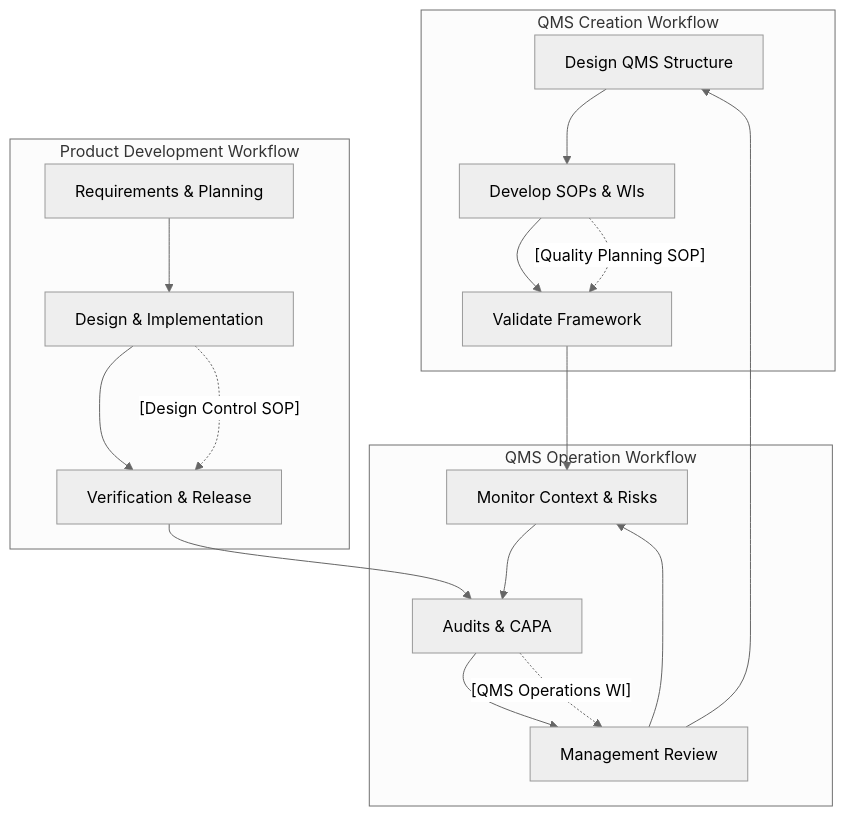
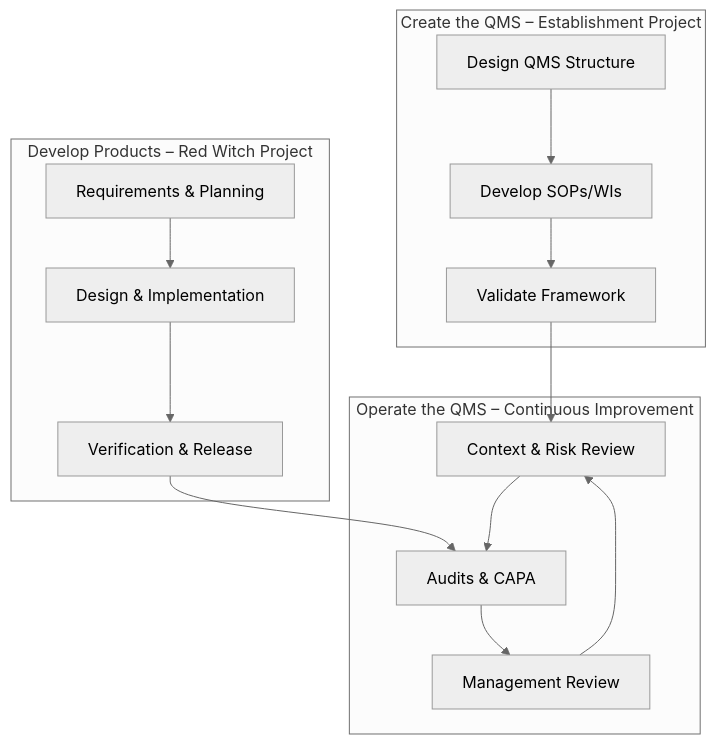
Before and after one commit to Floating-Eye-Software/fley-qms: the second of 2 diagrams in QMS/Process-Map.md, drawn with Mermaid (neutral theme). The commit also changed other lines of this file and 1 other file, not shown here.

````diff
--- a/QMS/Process-Map.md
+++ b/QMS/Process-Map.md
@@ -146,34 +81,16 @@
 ```mermaid
 flowchart TD
-    %% --- QMS Workflows Overview ---
-    subgraph Create[QMS Creation Workflow]
-        C1[Design QMS Structure]
-        C2[Develop SOPs & WIs]
-        C3[Validate Framework]
-        C1 --> C2 --> C3
+    subgraph Operate[Operate the QMS – Continuous Improvement]
+        A1[Context & Risk Review] --> A2[Audits & CAPA]
+        A2 --> A3[Management Review]
+        A3 --> A1
     end
-
-    subgraph Operate[QMS Operation Workflow]
-        O1[Monitor Context & Risks]
-        O2[Audits & CAPA]
-        O3[Management Review]
-        O1 --> O2 --> O3 --> O1
+    subgraph Create[Create the QMS – Establishment Project]
+        B1[Design QMS Structure] --> B2[Develop SOPs/WIs] --> B3[Validate Framework]
+        B3 --> A1
     end
-
-    subgraph Develop[Product Development Workflow]
-        D1[Requirements & Planning]
-        D2[Design & Implementation]
-        D3[Verification & Release]
-        D1 --> D2 --> D3
+    subgraph Develop[Develop Products – Red Witch Project]
+        C1[Requirements & Planning] --> C2[Design & Implementation] --> C3[Verification & Release]
+        C3 --> A2
     end
-
-    %% --- Interactions Between Workflows ---
-    C3 --> O1
-    D3 --> O2
-    O3 --> C1
-
-    %% --- SOP references ---
-    C2 -.->|"[Quality Planning SOP]"| C3
-    O2 -.->|"[QMS Operations WI]"| O3
-    D2 -.->|"[Design Control SOP]"| D3
 ```
````
